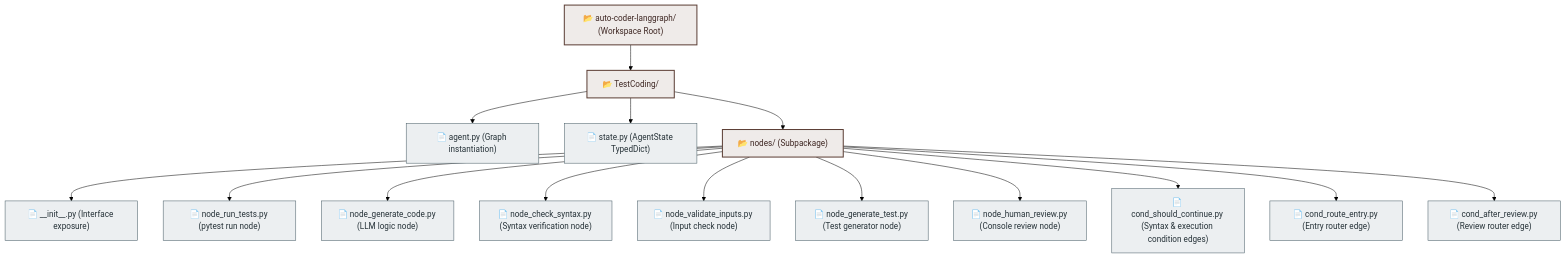
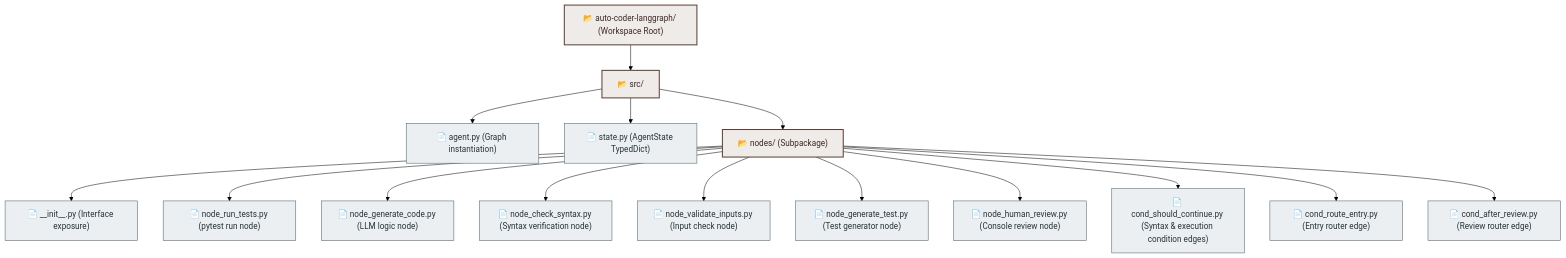
The third of 3 diagrams in README.md (boycececil666gmailcom/test-led-python-coder-agent), drawn with Mermaid (forest theme) before and after one commit. The commit also changed other lines of this file and 41 other files, not shown here.

````diff
--- a/README.md
+++ b/README.md
@@ -124,23 +124,23 @@
 ```mermaid
 graph TD
     classDef dir fill:#efebe9,stroke:#5d4037,stroke-width:2px,color:#3e2723;
     classDef file fill:#eceff1,stroke:#455a64,stroke-width:1px,color:#263238;
 
     Workspace["📂 auto-coder-langgraph/ (Workspace Root)"]:::dir
-    Workspace --> TestCoding["📂 TestCoding/"]:::dir
+    Workspace --> src["📂 src/"]:::dir
     
-    TestCoding --> agent_py["📄 agent.py (Graph instantiation)"]:::file
-    TestCoding --> state_py["📄 state.py (AgentState TypedDict)"]:::file
-    TestCoding --> nodes_dir["📂 nodes/ (Subpackage)"]:::dir
+    src --> agent_py["📄 agent.py (Graph instantiation)"]:::file
+    src --> state_py["📄 state.py (AgentState TypedDict)"]:::file
+    src --> nodes_dir["📂 nodes/ (Subpackage)"]:::dir
     
     nodes_dir --> init_py["📄 __init__.py (Interface exposure)"]:::file
     nodes_dir --> node_run_tests_py["📄 node_run_tests.py (pytest run node)"]:::file
     nodes_dir --> node_generate_code_py["📄 node_generate_code.py (LLM logic node)"]:::file
     nodes_dir --> node_check_syntax_py["📄 node_check_syntax.py (Syntax verification node)"]:::file
     nodes_dir --> node_validate_inputs_py["📄 node_validate_inputs.py (Input check node)"]:::file
     nodes_dir --> node_generate_test_py["📄 node_generate_test.py (Test generator node)"]:::file
     nodes_dir --> node_human_review_py["📄 node_human_review.py (Console review node)"]:::file
     nodes_dir --> cond_should_continue_py["📄 cond_should_continue.py (Syntax & execution condition edges)"]:::file
     nodes_dir --> cond_route_entry_py["📄 cond_route_entry.py (Entry router edge)"]:::file
     nodes_dir --> cond_after_review_py["📄 cond_after_review.py (Review router edge)"]:::file
 ```
````
